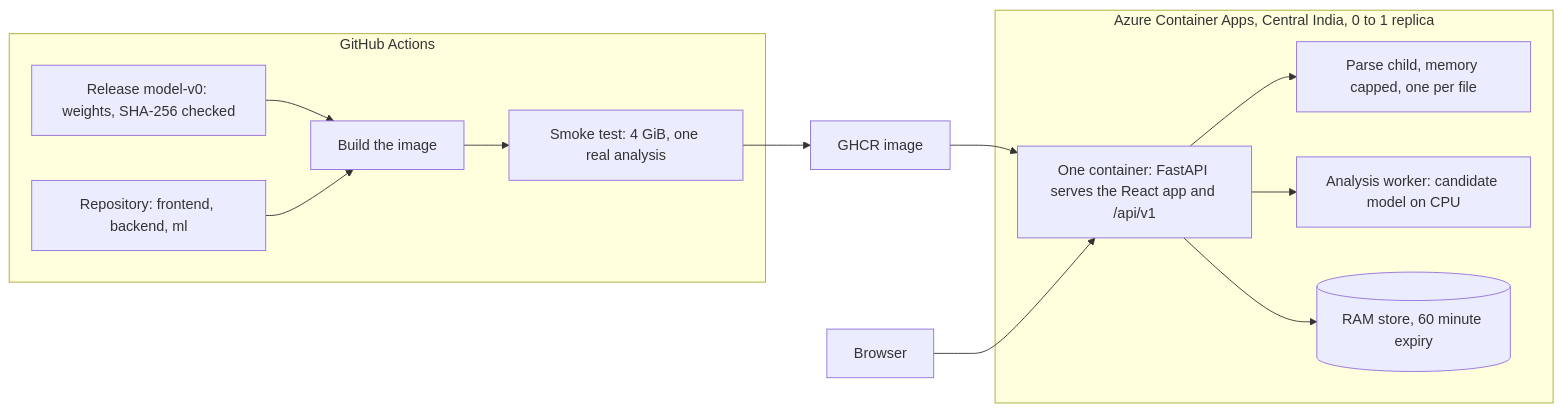
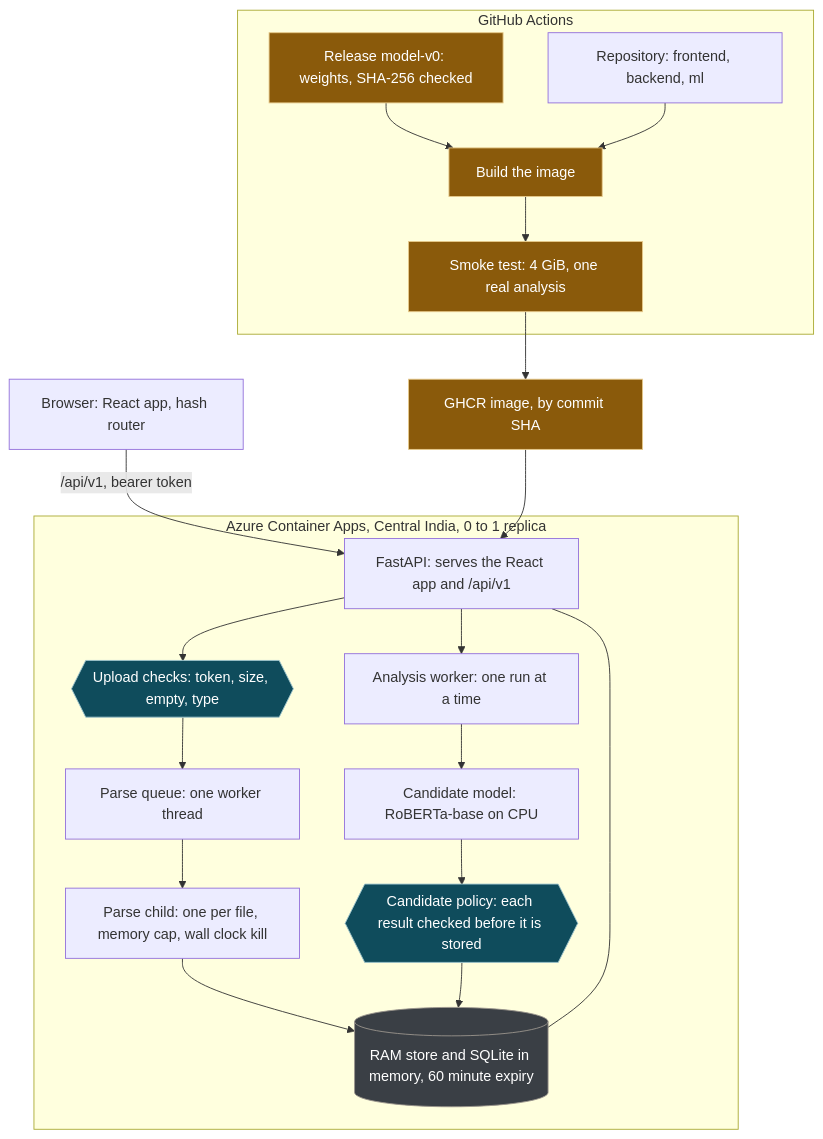
Before and after one commit to TheMEGALODON55681/clauseanchor: the first of 2 diagrams in README.md, drawn with Mermaid. The commit also changed other lines of this file and 13 other files, not shown here.

````diff
--- a/README.md
+++ b/README.md
@@ -184,21 +263,29 @@
 ```mermaid
-flowchart LR
-    U["Browser"]
+flowchart TB
+    U["Browser: React app, hash router"] -->|"/api/v1, bearer token"| A
     subgraph CI["GitHub Actions"]
         M["Release model-v0: weights, SHA-256 checked"] --> B["Build the image"]
         S["Repository: frontend, backend, ml"] --> B
         B --> T["Smoke test: 4 GiB, one real analysis"]
     end
-    T --> G["GHCR image"]
+    T --> G["GHCR image, by commit SHA"]
     subgraph AZ["Azure Container Apps, Central India, 0 to 1 replica"]
-        A["One container: FastAPI serves the React app and /api/v1"]
-        P["Parse child, memory capped, one per file"]
-        N["Analysis worker: candidate model on CPU"]
-        R[("RAM store, 60 minute expiry")]
-        A --> P
-        A --> N
-        A --> R
+        A["FastAPI: serves the React app and /api/v1"]
+        A --> C{{"Upload checks: token, size, empty, type"}}
+        C --> Q["Parse queue: one worker thread"]
+        Q --> P["Parse child: one per file, memory cap, wall clock kill"]
+        A --> N["Analysis worker: one run at a time"]
+        N --> D["Candidate model: RoBERTa-base on CPU"]
+        D --> K{{"Candidate policy: each result checked before it is stored"}}
+        P --> R[("RAM store and SQLite in memory, 60 minute expiry")]
+        K --> R
+        A --- R
     end
     G --> A
-    U --> A
+    classDef gate fill:#0F4C5C,stroke:#9CC3CC,color:#ffffff
+    classDef mem fill:#3A3F45,stroke:#9A958D,color:#ffffff
+    classDef ship fill:#8A5A0B,stroke:#E6C98A,color:#ffffff
+    class C,K gate
+    class R mem
+    class M,B,T,G ship
 ```
````
